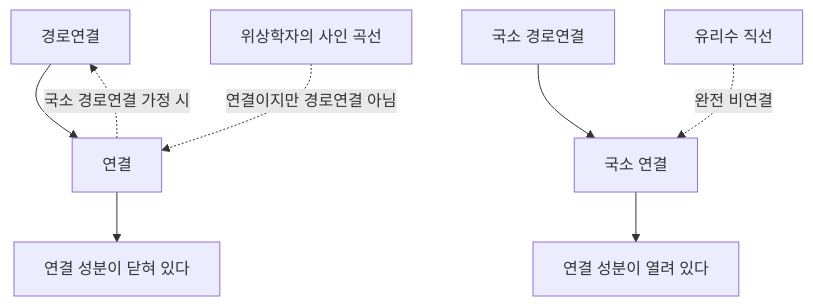
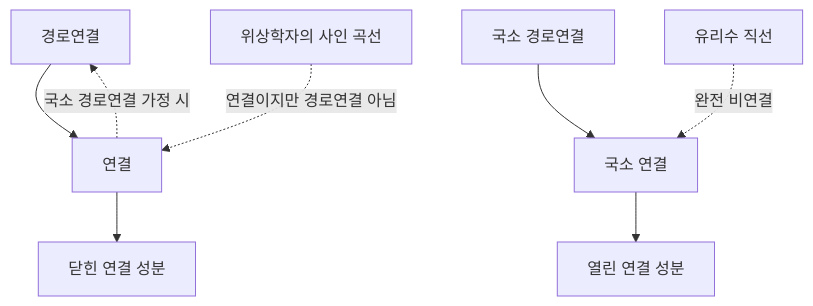
The diagram in docs/connectedness.md (Phryxia/math-map), drawn with Mermaid before and after one commit.

Commit message:
make the two sentence nodes in the connectedness implication diagram noun phrases
Claude-Session: https://claude.ai/code/session_018XNQMwrbN1rFnoStRKwgTi

````diff
--- a/docs/connectedness.md
+++ b/docs/connectedness.md
@@ -139,10 +139,10 @@
 ```mermaid
 graph TD
   PC["경로연결"] --> C["연결"]
   LPC["국소 경로연결"] --> LC["국소 연결"]
-  C --> COMP["연결 성분이 닫혀 있다"]
-  LC --> OPEN["연결 성분이 열려 있다"]
+  C --> COMP["닫힌 연결 성분"]
+  LC --> OPEN["열린 연결 성분"]
   C -. "국소 경로연결 가정 시" .-> PC
   TS["위상학자의 사인 곡선"] -. "연결이지만 경로연결 아님" .-> C
   Q["유리수 직선"] -. "완전 비연결" .-> LC
 ```
````
